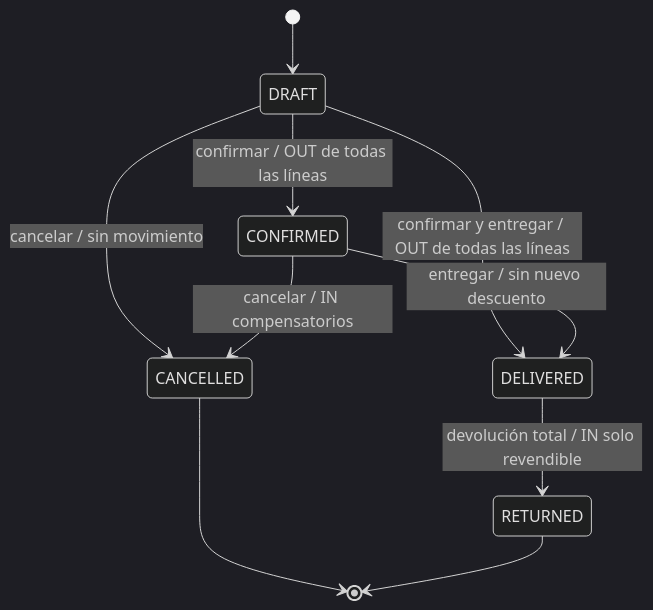
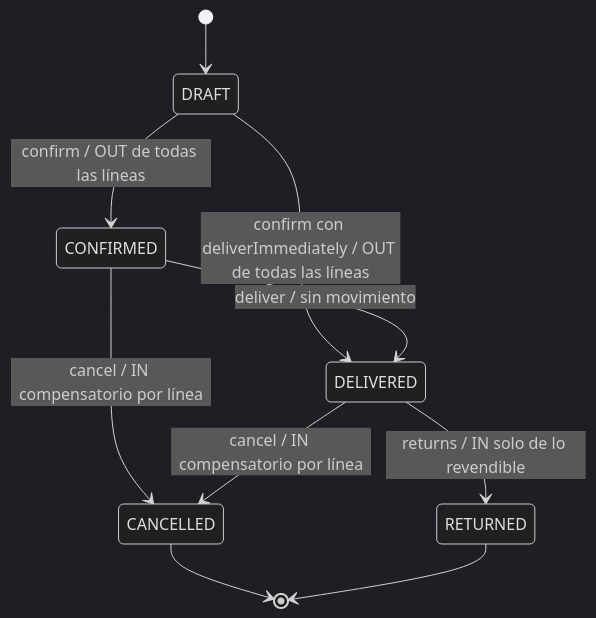
The diagram in docs/sales-contract.md (DSerranoG24/catalogo), drawn with Mermaid (dark theme) before and after one commit. The commit also changed other lines of this file and 10 other files, not shown here.

````diff
--- a/docs/sales-contract.md
+++ b/docs/sales-contract.md
@@ -38,12 +27,12 @@
 ```mermaid
 stateDiagram-v2
     [*] --> DRAFT
-    DRAFT --> CONFIRMED: confirmar / OUT de todas las líneas
-    DRAFT --> DELIVERED: confirmar y entregar / OUT de todas las líneas
-    DRAFT --> CANCELLED: cancelar / sin movimiento
-    CONFIRMED --> DELIVERED: entregar / sin nuevo descuento
-    CONFIRMED --> CANCELLED: cancelar / IN compensatorios
-    DELIVERED --> RETURNED: devolución total / IN solo revendible
+    DRAFT --> CONFIRMED: confirm / OUT de todas las líneas
+    DRAFT --> DELIVERED: confirm con deliverImmediately / OUT de todas las líneas
+    CONFIRMED --> DELIVERED: deliver / sin movimiento
+    CONFIRMED --> CANCELLED: cancel / IN compensatorio por línea
+    DELIVERED --> CANCELLED: cancel / IN compensatorio por línea
+    DELIVERED --> RETURNED: returns / IN solo de lo revendible
     CANCELLED --> [*]
     RETURNED --> [*]
 ```
````
